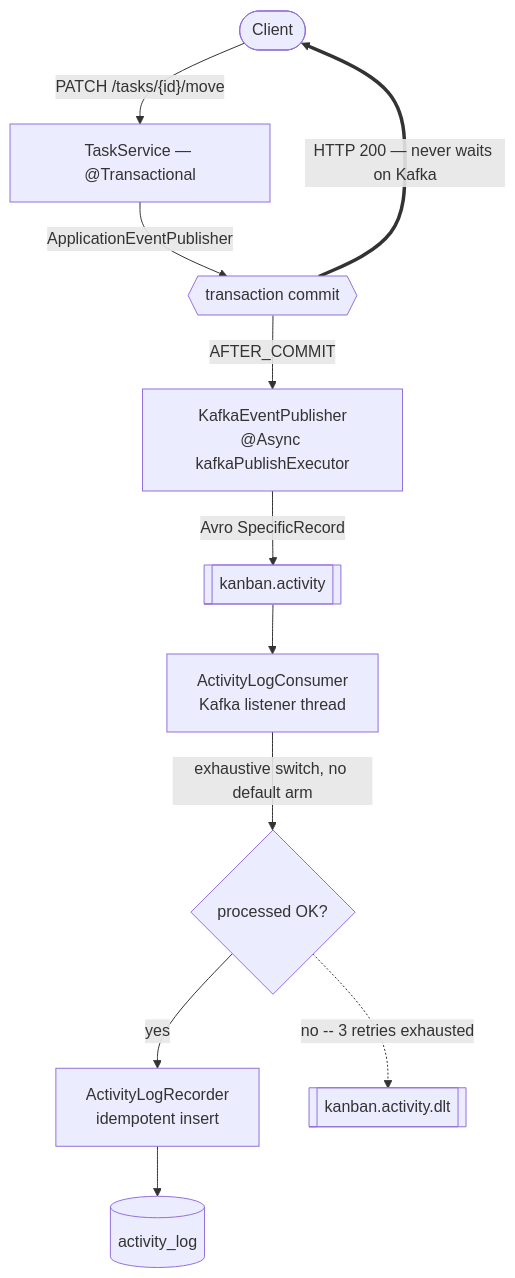
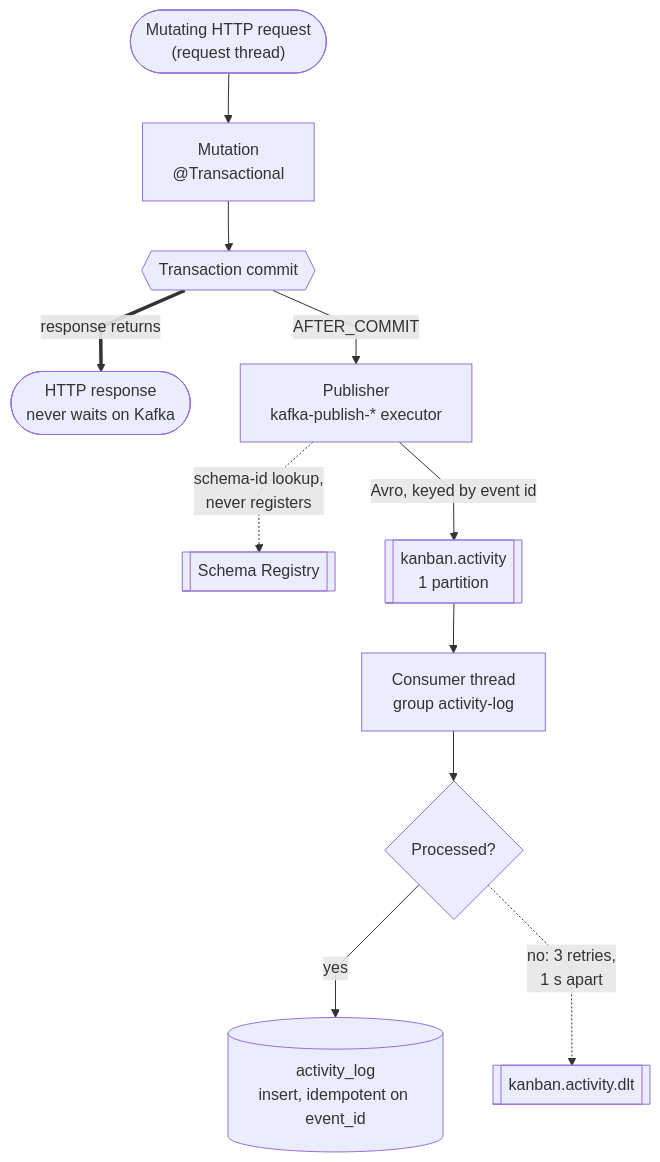
One commit to RudVlad473/kanban-board-backend changed the diagram in docs/diagrams/process/activity-pipeline.mmd. Above: the diagram before and after it, drawn with Mermaid. The commit also changed 6 other files, not shown here.

First line of the commit message:
docs(quick-261005-sun): render diagrams at natural width and redraw the activity pipeline at process level

```diff
--- a/docs/diagrams/process/activity-pipeline.mmd
+++ b/docs/diagrams/process/activity-pipeline.mmd
@@ -1,11 +1,12 @@
-flowchart TD
-    C(["Client"]) -->|"PATCH /tasks/{id}/move"| S["TaskService — @Transactional"]
-    S -->|ApplicationEventPublisher| TX{{"transaction commit"}}
-    TX ==>|"HTTP 200 — never waits on Kafka"| C
-    TX -->|AFTER_COMMIT| P["KafkaEventPublisher<br/>@Async kafkaPublishExecutor"]
-    P -->|"Avro SpecificRecord"| K[["kanban.activity"]]
-    K --> L["ActivityLogConsumer<br/>Kafka listener thread"]
-    L -->|"exhaustive switch, no default arm"| D{"processed OK?"}
-    D -->|yes| R["ActivityLogRecorder<br/>idempotent insert"]
-    R --> DB[("activity_log")]
-    D -.->|"no -- 3 retries exhausted"| DLT[["kanban.activity.dlt"]]
+%%{init: {"flowchart": {"subGraphTitleMargin": {"top": 15, "bottom": 15}, "curve": "linear"}}}%%
+flowchart TB
+    http(["Mutating HTTP request<br/>(request thread)"]) --> tx["Mutation<br/>@Transactional"]
+    tx --> commit{{"Transaction commit"}}
+    commit ==>|"response returns"| resp(["HTTP response<br/>never waits on Kafka"])
+    commit -->|"AFTER_COMMIT"| pub["Publisher<br/>kafka-publish-* executor"]
+    pub -.->|"schema-id lookup,<br/>never registers"| registry[["Schema Registry"]]
+    pub -->|"Avro, keyed by event id"| topic[["kanban.activity<br/>1 partition"]]
+    topic --> consumer["Consumer thread<br/>group activity-log"]
+    consumer --> ok{"Processed?"}
+    ok -->|"yes"| db[("activity_log<br/>insert, idempotent on event_id")]
+    ok -.->|"no: 3 retries,<br/>1 s apart"| dlt[["kanban.activity.dlt"]]
```
